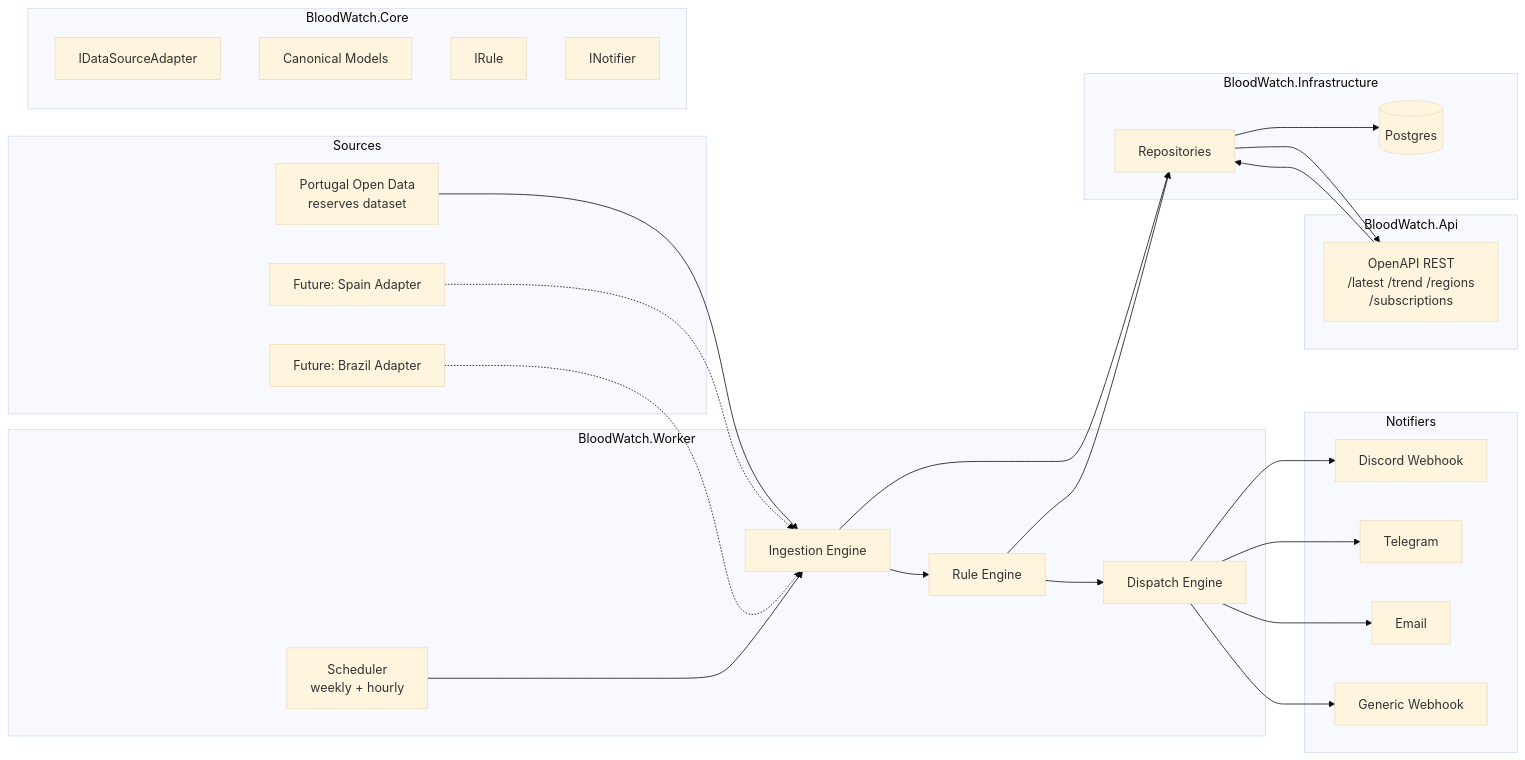
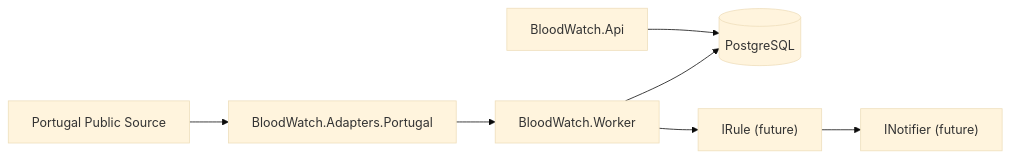
Before and after one commit to igorbmaciel94/blood-watch: the diagram in docs/architecture.md, drawn with Mermaid (base theme). The commit also changed other lines of this file and 59 other files, not shown here.

Commit message:
feat(m0): bootstrap foundation with docker, postgres, openapi, and worker health

````diff
--- a/docs/architecture.md
+++ b/docs/architecture.md
@@ -112,55 +17,9 @@
 ```mermaid
 flowchart LR
-  subgraph Sources
-    PT["Portugal Open Data<br/>reserves dataset"]
-    ES["Future: Spain Adapter"]
-    BR["Future: Brazil Adapter"]
-  end
-
-  subgraph Worker["BloodWatch.Worker"]
-    Sch["Scheduler<br/>weekly + hourly"]
-    Ing["Ingestion Engine"]
-    Rules["Rule Engine"]
-    Disp["Dispatch Engine"]
-  end
-
-  subgraph Core["BloodWatch.Core"]
-    Adapters["IDataSourceAdapter"]
-    Canon["Canonical Models"]
-    RulesIf["IRule"]
-    Notif["INotifier"]
-  end
-
-  subgraph Infra["BloodWatch.Infrastructure"]
-    Pg[(Postgres)]
-    Repo["Repositories"]
-  end
-
-  subgraph API["BloodWatch.Api"]
-    Endpoints["OpenAPI REST<br/>/latest /trend /regions<br/>/subscriptions"]
-  end
-
-  subgraph Notifiers
-    Discord["Discord Webhook"]
-    Telegram["Telegram"]
-    Email["Email"]
-    Webhook["Generic Webhook"]
-  end
-
-  PT --> Ing
-  ES -.-> Ing
-  BR -.-> Ing
-
-  Sch --> Ing
-  Ing --> Repo --> Pg
-  Repo --> Endpoints
-
-  Ing --> Rules --> Repo
-  Rules --> Disp
-  Disp --> Discord
-  Disp --> Telegram
-  Disp --> Email
-  Disp --> Webhook
-
-  Endpoints --> Repo
+  Source["Portugal Public Source"] --> Adapter["BloodWatch.Adapters.Portugal"]
+  Adapter --> Worker["BloodWatch.Worker"]
+  Worker --> DB[(PostgreSQL)]
+  API["BloodWatch.Api"] --> DB
+  Worker --> Rules["IRule (future)"]
+  Rules --> Notify["INotifier (future)"]
 ```
````
